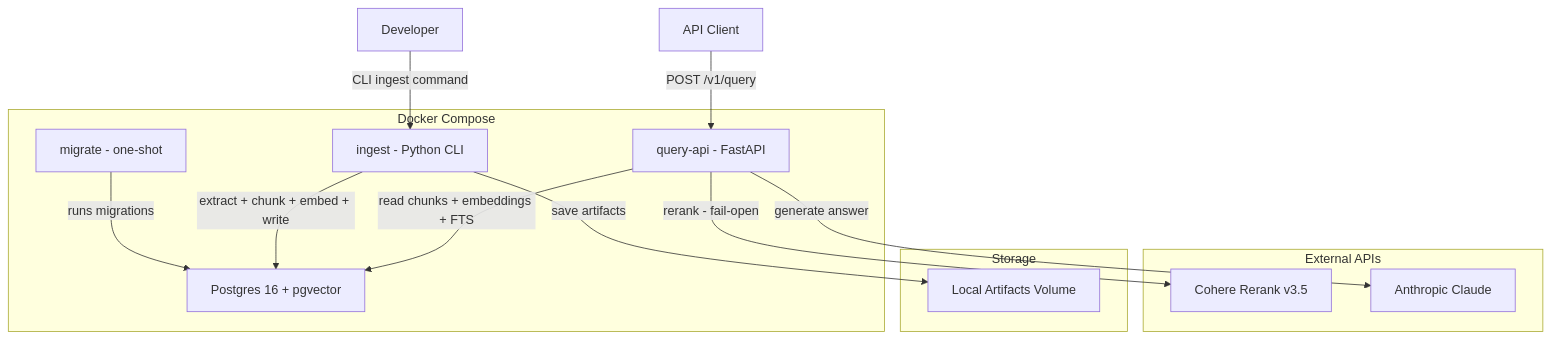
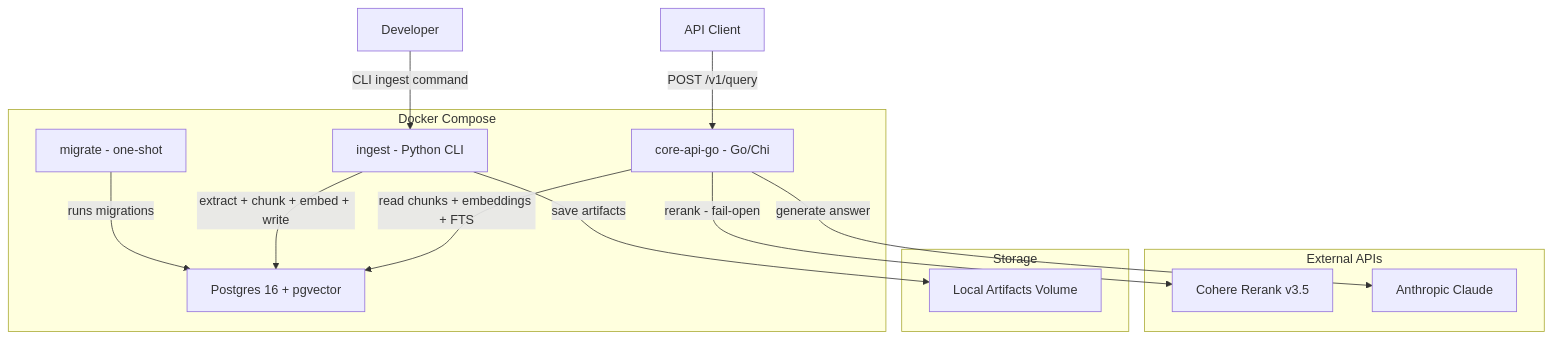
The second of 3 diagrams in plans/implementation-plan.md (jharjadi/pro-rag), drawn with Mermaid before and after one commit. The commit also changed other lines of this file and 3 other files, not shown here.

First line of the commit message:
Go + Python architecture decision (ADR-004), implementation plan v3

````diff
--- a/plans/implementation-plan.md
+++ b/plans/implementation-plan.md
@@ -383,28 +418,28 @@
 ```mermaid
 graph TB
     subgraph Docker Compose
         PG[Postgres 16 + pgvector]
         MIG[migrate - one-shot]
-        QA[query-api - FastAPI]
+        GO[core-api-go - Go/Chi]
         ING[ingest - Python CLI]
     end
 
     subgraph External APIs
         COH[Cohere Rerank v3.5]
         LLM[Anthropic Claude]
     end
 
     subgraph Storage
         ART[Local Artifacts Volume]
     end
 
     MIG -->|runs migrations| PG
     ING -->|extract + chunk + embed + write| PG
     ING -->|save artifacts| ART
-    QA -->|read chunks + embeddings + FTS| PG
-    QA -->|rerank - fail-open| COH
-    QA -->|generate answer| LLM
+    GO -->|read chunks + embeddings + FTS| PG
+    GO -->|rerank - fail-open| COH
+    GO -->|generate answer| LLM
 
-    USER[API Client] -->|POST /v1/query| QA
+    USER[API Client] -->|POST /v1/query| GO
     DEV[Developer] -->|CLI ingest command| ING
 ```
````
